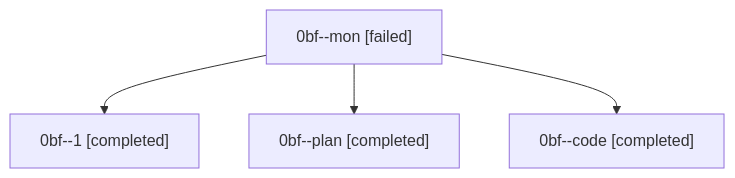
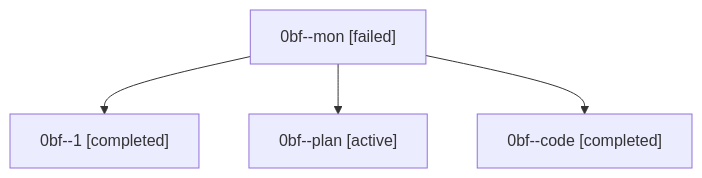
Before and after one commit to sase-org/sase--agents: the diagram in families/bbugyi200.athena.0bf.md, drawn with Mermaid. The commit also changed other lines of this file and 35830 other files, not shown here.

````diff
--- a/families/bbugyi200.athena.0bf.md
+++ b/families/bbugyi200.athena.0bf.md
@@ -9,10 +9,10 @@
 ```mermaid
 flowchart TD
   n0["0bf--mon [failed]"]
   n1["0bf--1 [completed]"]
   n0 --> n1
-  n2["0bf--plan [completed]"]
+  n2["0bf--plan [active]"]
   n0 --> n2
   n3["0bf--code [completed]"]
   n0 --> n3
 ```
````
